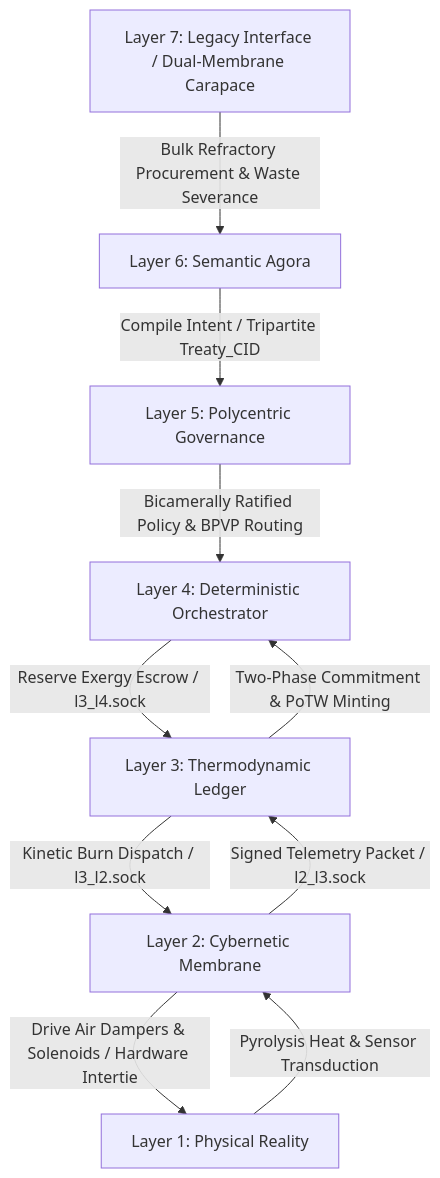
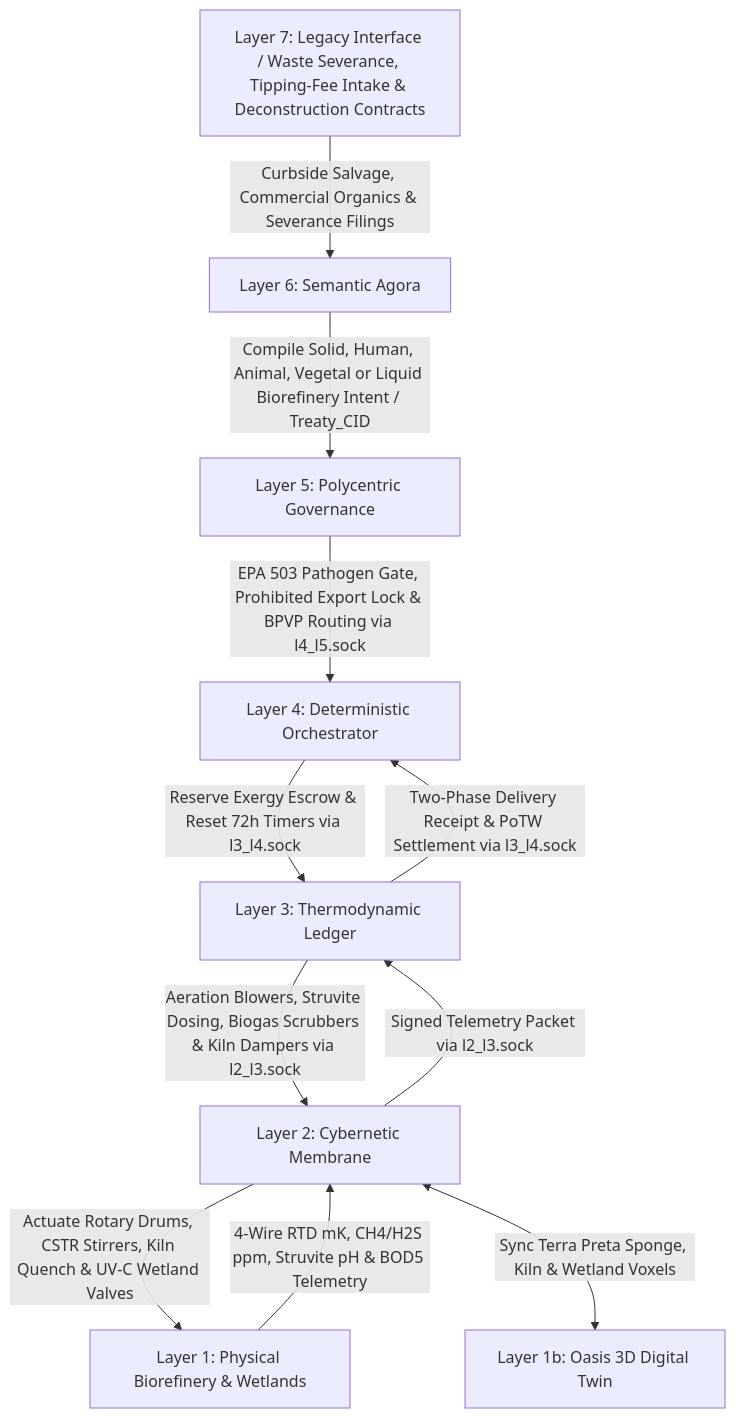
Before and after one commit to raffaine/collective: the first of 2 diagrams in docs/scenarios/mu_extraction.md, drawn with Mermaid. The commit also changed other lines of this file and 10 other files, not shown here.

````diff
--- a/docs/scenarios/mu_extraction.md
+++ b/docs/scenarios/mu_extraction.md
@@ -39,12 +108,13 @@
 ```mermaid
 graph TD
-    L7[Layer 7: Legacy Interface / Dual-Membrane Carapace] -->|Bulk Refractory Procurement & Waste Severance| L6[Layer 6: Semantic Agora]
-    L6 -->|Compile Intent / Tripartite Treaty_CID| L5[Layer 5: Polycentric Governance]
-    L5 -->|Bicamerally Ratified Policy & BPVP Routing| L4[Layer 4: Deterministic Orchestrator]
-    L4 -->|Reserve Exergy Escrow / l3_l4.sock| L3[Layer 3: Thermodynamic Ledger]
-    L3 -->|Kinetic Burn Dispatch / l3_l2.sock| L2[Layer 2: Cybernetic Membrane]
-    L2 -->|Drive Air Dampers & Solenoids / Hardware Intertie| L1[Layer 1: Physical Reality]
-    L1 -->|Pyrolysis Heat & Sensor Transduction| L2
-    L2 -->|Signed Telemetry Packet / l2_l3.sock| L3
-    L3 -->|Two-Phase Commitment & PoTW Minting| L4
+    L7[Layer 7: Legacy Interface / Waste Severance, Tipping-Fee Intake & Deconstruction Contracts] -->|Curbside Salvage, Commercial Organics & Severance Filings| L6[Layer 6: Semantic Agora]
+    L6 -->|Compile Solid, Human, Animal, Vegetal or Liquid Biorefinery Intent / Treaty_CID| L5[Layer 5: Polycentric Governance]
+    L5 -->|EPA 503 Pathogen Gate, Prohibited Export Lock & BPVP Routing via l4_l5.sock| L4[Layer 4: Deterministic Orchestrator]
+    L4 -->|Reserve Exergy Escrow & Reset 72h Timers via l3_l4.sock| L3[Layer 3: Thermodynamic Ledger]
+    L3 -->|Aeration Blowers, Struvite Dosing, Biogas Scrubbers & Kiln Dampers via l2_l3.sock| L2[Layer 2: Cybernetic Membrane]
+    L2 -->|Actuate Rotary Drums, CSTR Stirrers, Kiln Quench & UV-C Wetland Valves| L1[Layer 1: Physical Biorefinery & Wetlands]
+    L2 <-->|Sync Terra Preta Sponge, Kiln & Wetland Voxels| L1b[Layer 1b: Oasis 3D Digital Twin]
+    L1 -->|4-Wire RTD mK, CH4/H2S ppm, Struvite pH & BOD5 Telemetry| L2
+    L2 -->|Signed Telemetry Packet via l2_l3.sock| L3
+    L3 -->|Two-Phase Delivery Receipt & PoTW Settlement via l3_l4.sock| L4
 ```
````
